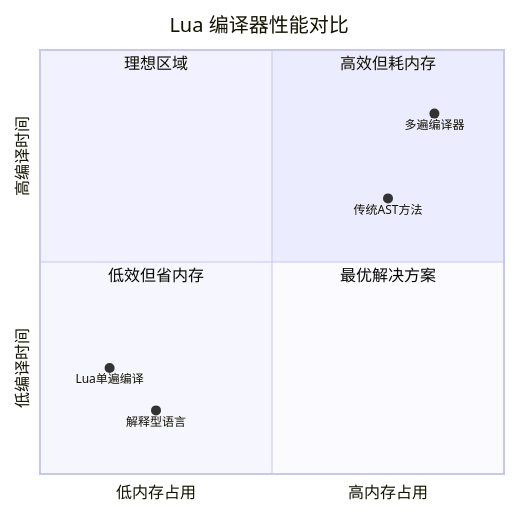
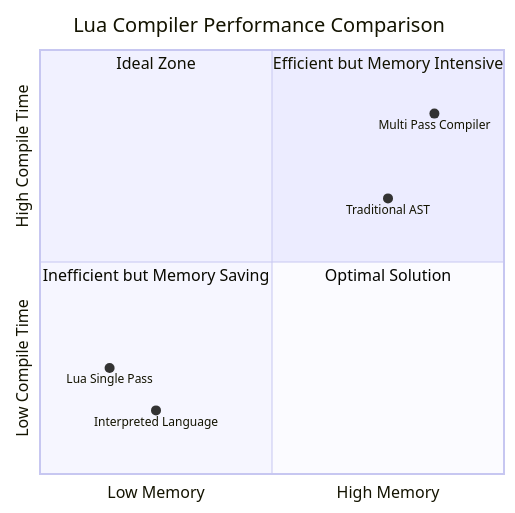
The fifth of 13 diagrams in docs/wiki_bytecode.md (YanqingXu/lua_c_analysis), drawn with Mermaid before and after one commit. The commit also changed other lines of this file, not shown here.

````diff
--- a/docs/wiki_bytecode.md
+++ b/docs/wiki_bytecode.md
@@ -403,16 +403,16 @@
 ```mermaid
 quadrantChart
-    title Lua 编译器性能对比
-    x-axis 低内存占用 --> 高内存占用
-    y-axis 低编译时间 --> 高编译时间
+    title Lua Compiler Performance Comparison
+    x-axis Low Memory --> High Memory
+    y-axis Low Compile Time --> High Compile Time
     
-    quadrant-1 高效但耗内存
-    quadrant-2 理想区域
-    quadrant-3 低效但省内存
-    quadrant-4 最优解决方案
+    quadrant-1 Efficient but Memory Intensive
+    quadrant-2 Ideal Zone
+    quadrant-3 Inefficient but Memory Saving
+    quadrant-4 Optimal Solution
     
-    Lua单遍编译: [0.15, 0.25]
-    传统AST方法: [0.75, 0.65]
-    多遍编译器: [0.85, 0.85]
-    解释型语言: [0.25, 0.15]
+    Lua Single Pass: [0.15, 0.25]
+    Traditional AST: [0.75, 0.65]
+    Multi Pass Compiler: [0.85, 0.85]
+    Interpreted Language: [0.25, 0.15]
 ```
````
